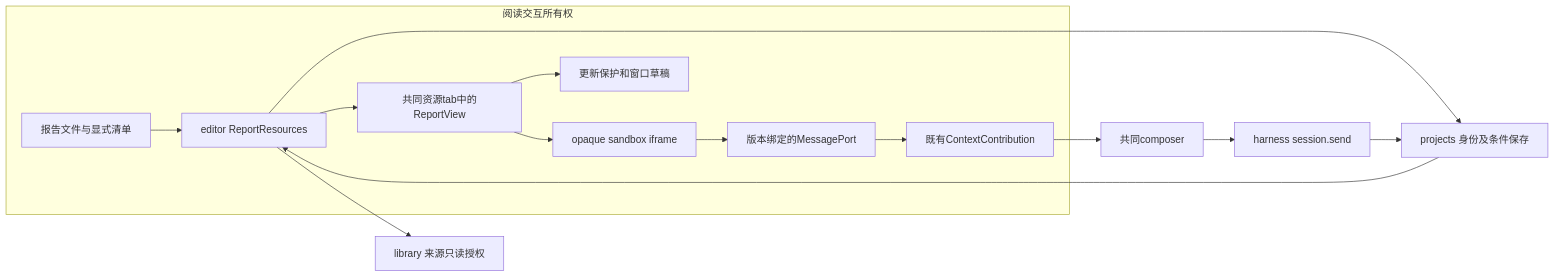
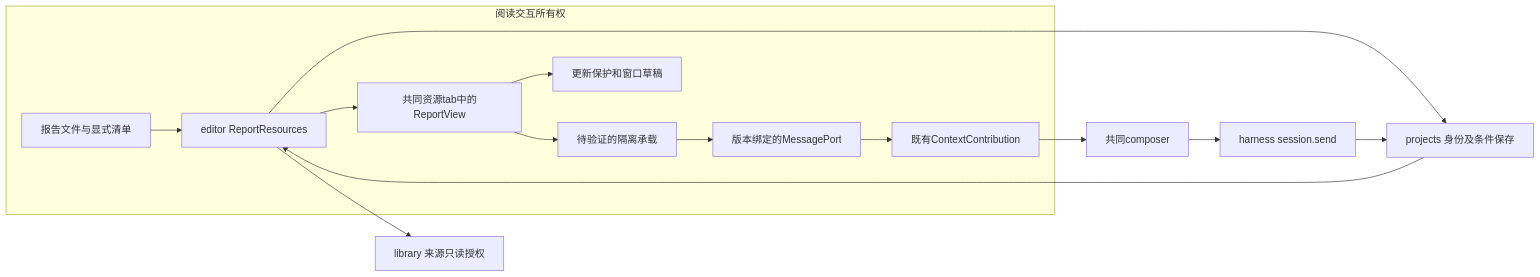
One commit to leike0813/Scholoom changed the first of 2 diagrams in openspec/changes/add-interactive-research-reports/design.md. Above: the diagram before and after it, drawn with Mermaid. The commit also changed other lines of this file and 11 other files, not shown here.

````diff
--- a/openspec/changes/add-interactive-research-reports/design.md
+++ b/openspec/changes/add-interactive-research-reports/design.md
@@ -7,17 +7,17 @@
 ```mermaid
 flowchart LR
   subgraph RI[阅读交互所有权]
     F[报告文件与显式清单] --> R[editor ReportResources]
     R --> V[共同资源tab中的ReportView]
-    V --> I[opaque sandbox iframe]
+    V --> I[待验证的隔离承载]
     I --> B[版本绑定的MessagePort]
     B --> C[既有ContextContribution]
     V --> U[更新保护和窗口草稿]
   end
   R --> P[projects 身份及条件保存]
   R --> L[library 来源只读授权]
   C --> CO[共同composer]
   CO --> H[harness session.send]
   H --> P
   P --> R
 ```
````
